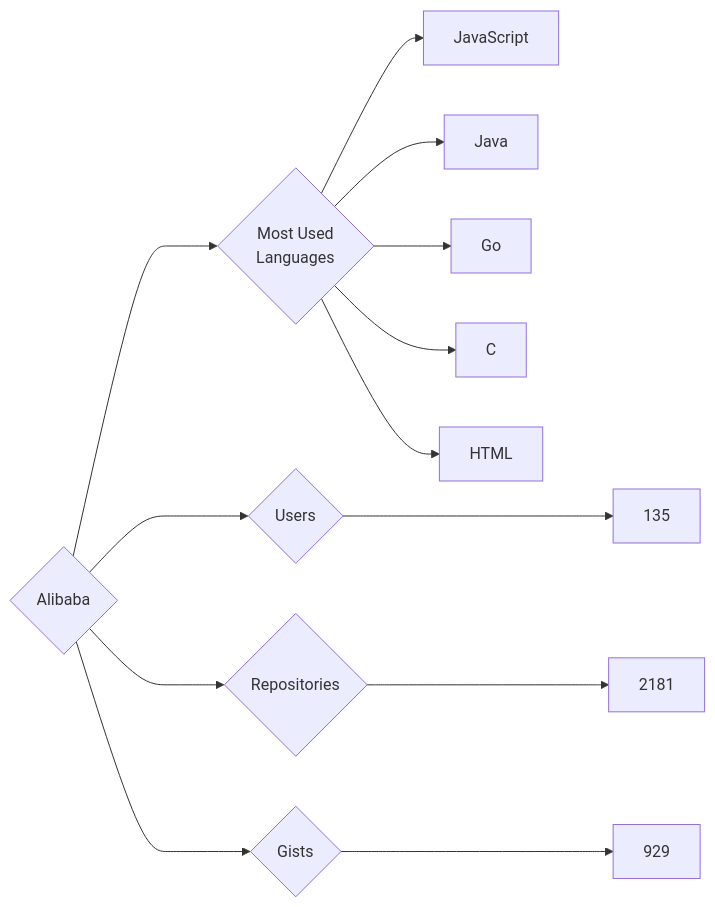
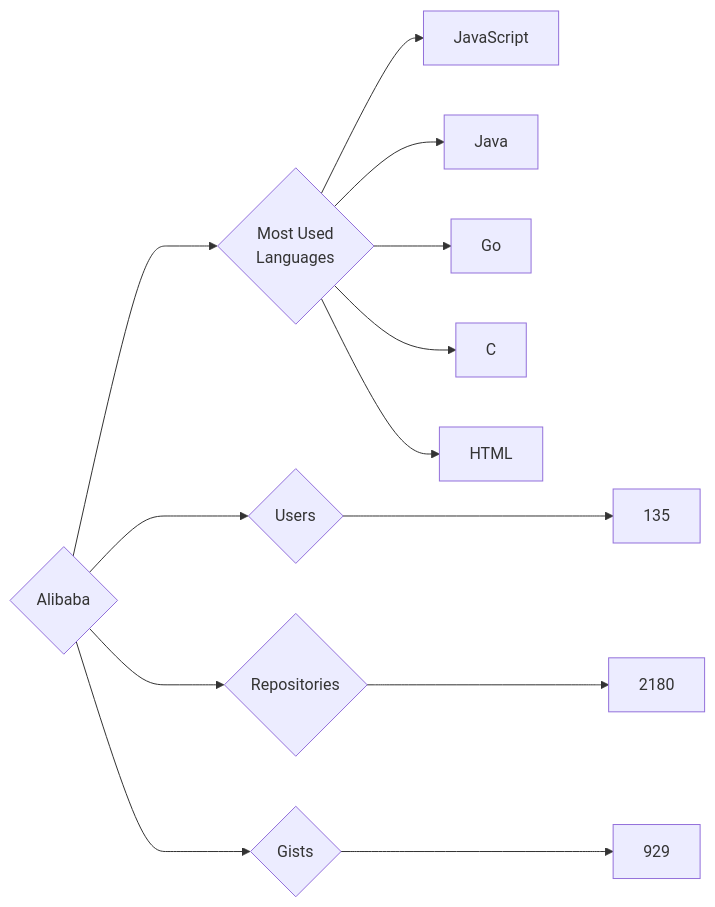
One commit to trickest/insiders changed the diagram in targets/Alibaba/README.md. Above: the diagram before and after it, drawn with Mermaid. The commit also changed 748 other files, not shown here.

````diff
--- a/targets/Alibaba/README.md
+++ b/targets/Alibaba/README.md
@@ -3,13 +3,13 @@
 ```mermaid
 graph LR
 COMPANY_NAME{Alibaba}
 COMPANY_NAME ---> U{Users} ---> UN[135]
-COMPANY_NAME ---> R{Repositories} ---> RN[2181]
+COMPANY_NAME ---> R{Repositories} ---> RN[2180]
 COMPANY_NAME ---> G{Gists} ---> GN[929]
 COMPANY_NAME ---> ML{Most Used<br>Languages}
 ML --> JavaScript[JavaScript]
 ML --> Java[Java]
 ML --> Go[Go]
 ML --> C[C]
 ML --> HTML[HTML]
 ```
````
